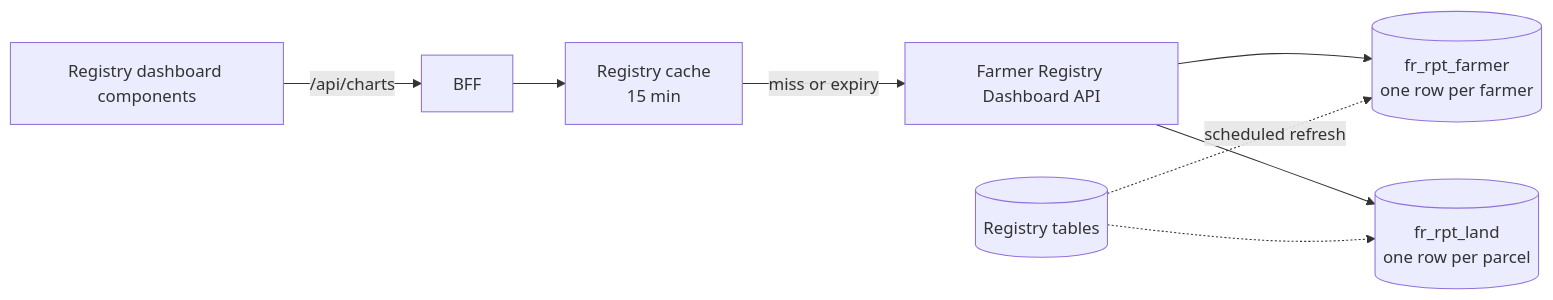
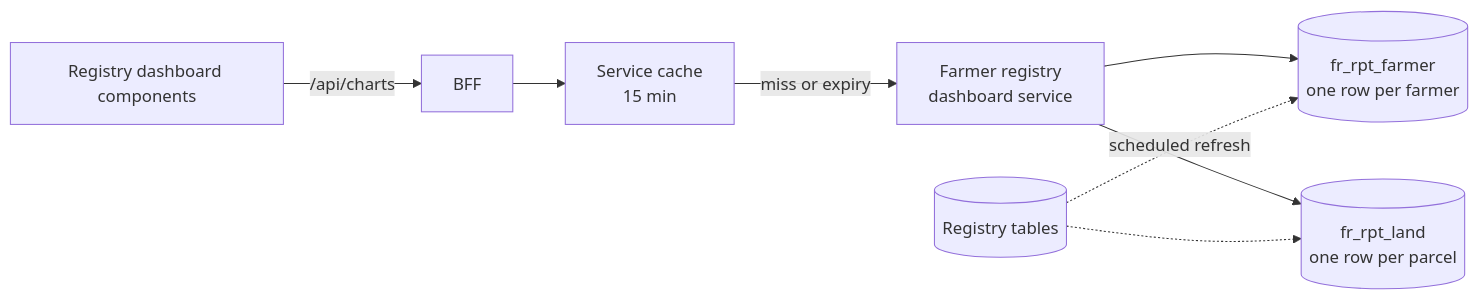
Before and after one commit to Centre-for-Open-Societal-Systems/oan_dashboards: the diagram in docs/registry-dashboard.md, drawn with Mermaid. The commit also changed other lines of this file and 9 other files, not shown here.

First line of the commit message:
docs: document the dashboard service architecture

````diff
--- a/docs/registry-dashboard.md
+++ b/docs/registry-dashboard.md
@@ -13,10 +14,10 @@
 ```mermaid
 flowchart LR
     UI[Registry dashboard components] -->|/api/charts| BFF[BFF]
-    BFF --> Cache[Registry cache<br/>15 min]
-    Cache -->|miss or expiry| API[Farmer Registry Dashboard API]
+    BFF --> Cache[Service cache<br/>15 min]
+    Cache -->|miss or expiry| API[Farmer registry<br/>dashboard service]
     API --> F[(fr_rpt_farmer<br/>one row per farmer)]
     API --> L[(fr_rpt_land<br/>one row per parcel)]
     R[(Registry tables)] -. scheduled refresh .-> F
     R -.-> L
 ```
````
